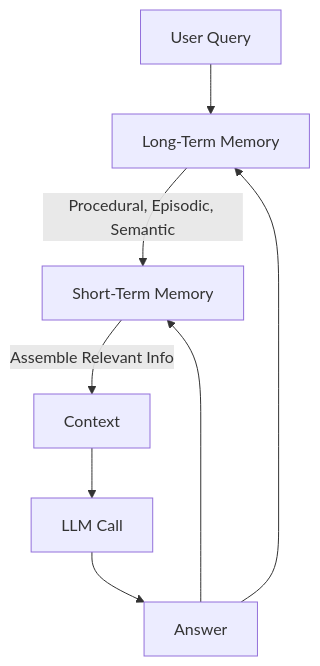
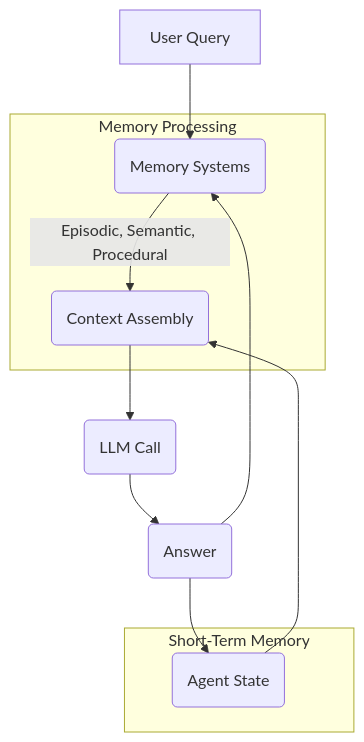
The second of 2 diagrams in lessons/03_context_engineering/article.md (shoaibkhanz/agentic-ai-engineering-course), drawn with Mermaid before and after one commit. The commit also changed other lines of this file and 2 other files, not shown here.

````diff
--- a/lessons/03_context_engineering/article.md
+++ b/lessons/03_context_engineering/article.md
@@ -63,10 +69,19 @@
 ```mermaid
 graph TD
-    A["User Query"] --> B["Long-Term Memory"]
-    B -- "Procedural, Episodic, Semantic" --> C["Short-Term Memory"]
-    C -- "Assemble Relevant Info" --> D["Context"]
-    D --> E["LLM Call"]
-    E --> F["Answer"]
-    F --> C
+    A["User Query"] --> B("Memory Systems")
+
+    subgraph "Memory Processing"
+        B -- "Episodic, Semantic, Procedural" --> C("Context Assembly")
+    end
+
+    subgraph "Short-Term Memory"
+        D("Agent State")
+    end
+
+    D --> C
+    C --> E("LLM Call")
+    E --> F("Answer")
+
+    F --> D
     F --> B
 ```
````
